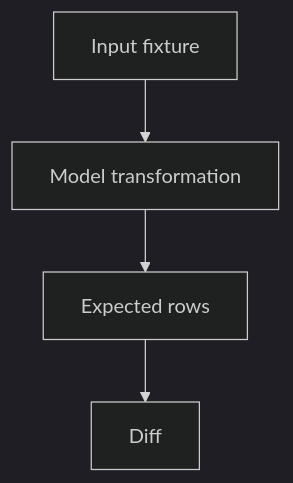
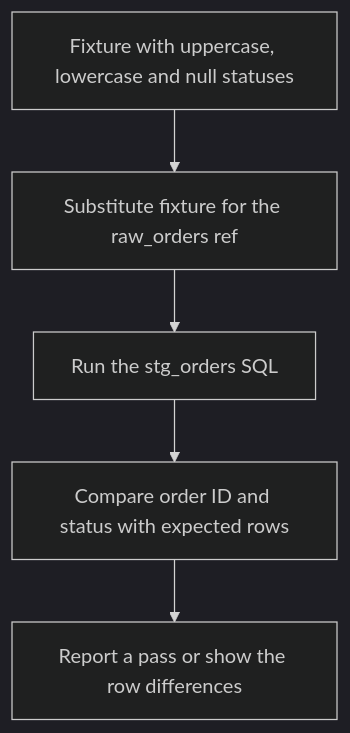
One commit to Rohit1024/dbt-learn changed the diagram in docs/lessons/0013-unit-tests-and-edge-cases.md. Above: the diagram before and after it, drawn with Mermaid (dark theme). The commit also changed other lines of this file and 4 other files, not shown here.

````diff
--- a/docs/lessons/0013-unit-tests-and-edge-cases.md
+++ b/docs/lessons/0013-unit-tests-and-edge-cases.md
@@ -7,8 +7,7 @@
 ```mermaid
 flowchart TD
-    A["Input fixture"]
-    B["Model transformation"]
-    C["Expected rows"]
-    D["Diff"]
-    A --> B --> C --> D
+    A["Fixture with uppercase, lowercase and null statuses"] --> B["Substitute fixture for the raw_orders ref"]
+    B --> C["Run the stg_orders SQL"]
+    C --> D["Compare order ID and status with expected rows"]
+    D --> E["Report a pass or show the row differences"]
 ```
````
